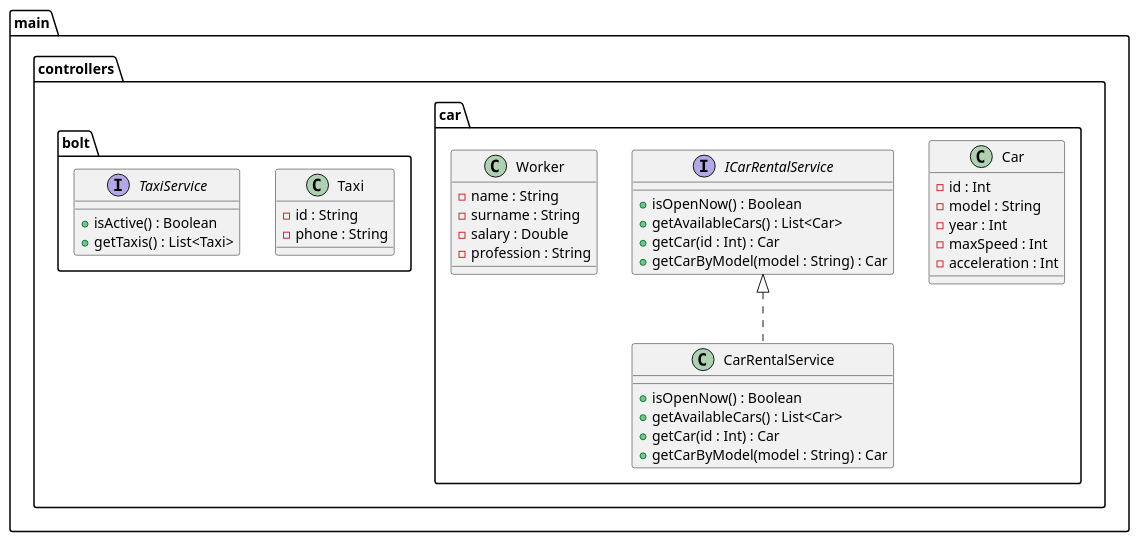
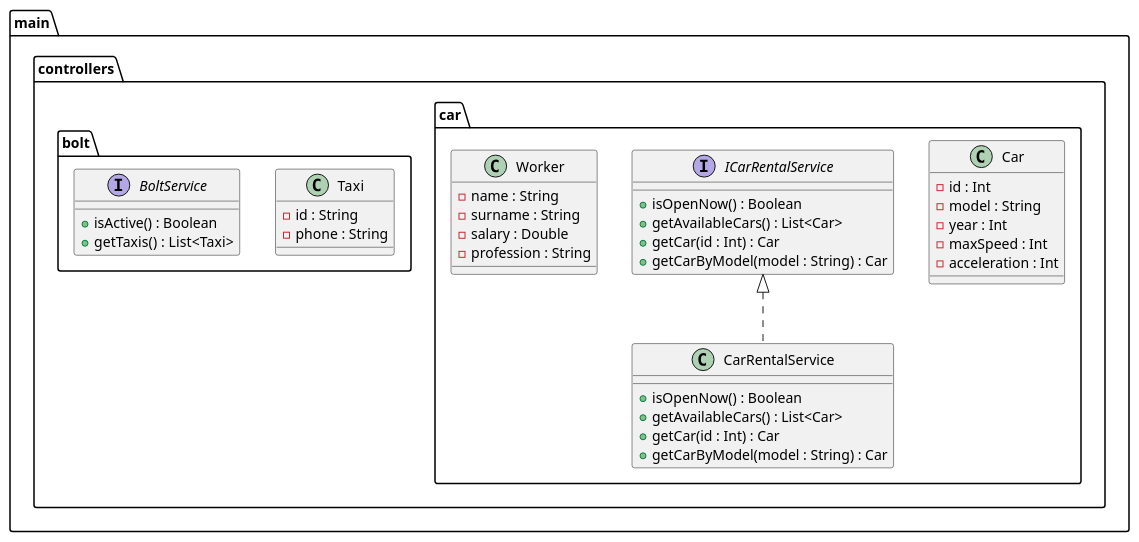
Before and after one commit to LLM-Automation-Docs/Auto-Docs: the diagram in docs/diagram.puml, drawn with PlantUML. The commit also changed 2 other files, not shown here.

```diff
--- a/docs/diagram.puml
+++ b/docs/diagram.puml
@@ -2,40 +2,40 @@
 @startuml
 class main.controllers.car.Car {
     -id : Int
     -model : String
     -year : Int
     -maxSpeed : Int
     -acceleration : Int
 }
 
 interface main.controllers.car.ICarRentalService {
     +isOpenNow() : Boolean
     +getAvailableCars() : List<Car>
     +getCar(id : Int) : Car
     +getCarByModel(model : String) : Car
 }
 
 class main.controllers.car.CarRentalService implements main.controllers.car.ICarRentalService {
     +isOpenNow() : Boolean
     +getAvailableCars() : List<Car>
     +getCar(id : Int) : Car
     +getCarByModel(model : String) : Car
 }
 
 class main.controllers.car.Worker {
     -name : String
     -surname : String
     -salary : Double
     -profession : String
 }
 
 class main.controllers.bolt.Taxi {
     -id : String
     -phone : String
 }
 
-interface main.controllers.bolt.TaxiService {
+interface main.controllers.bolt.BoltService {
     +isActive() : Boolean
     +getTaxis() : List<Taxi>
 }
 @enduml
```
